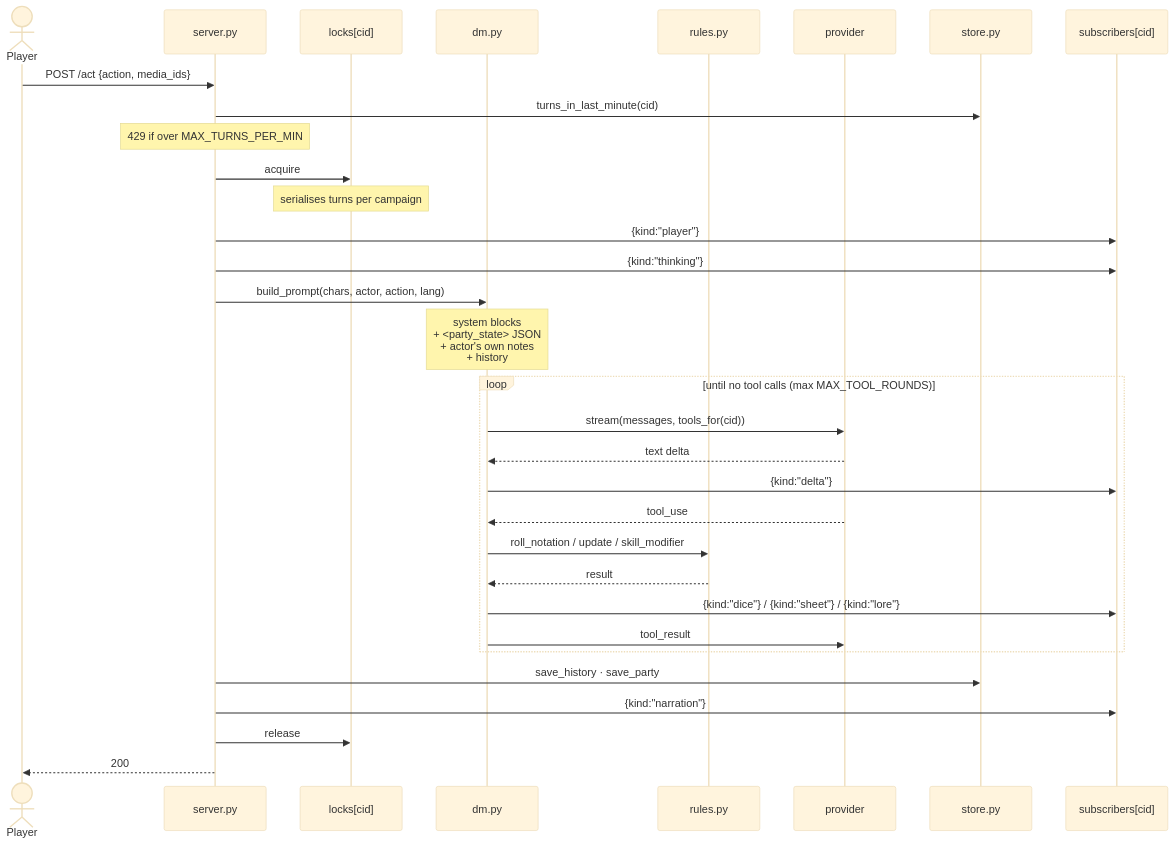
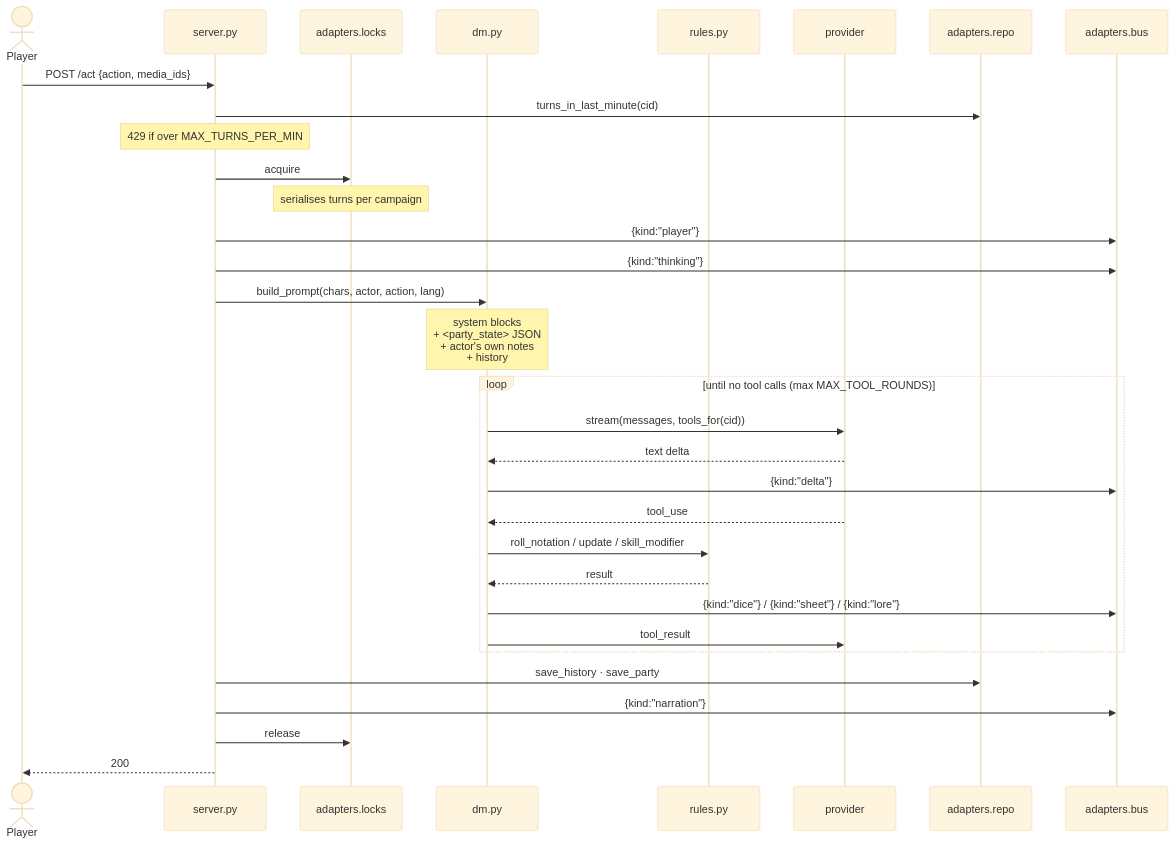
Before and after one commit to theam-ops/ai-dungeon-master: the second of 5 diagrams in ARCHITECTURE.md, drawn with Mermaid (base theme). The commit also changed other lines of this file and 37 other files, not shown here.

````diff
--- a/ARCHITECTURE.md
+++ b/ARCHITECTURE.md
@@ -114,39 +119,39 @@
 ```mermaid
 sequenceDiagram
     actor P as Player
     participant API as server.py
-    participant L as locks[cid]
+    participant L as adapters.locks
     participant DM as dm.py
     participant R as rules.py
     participant AI as provider
-    participant DB as store.py
-    participant S as subscribers[cid]
+    participant DB as adapters.repo
+    participant S as adapters.bus
 
     P->>API: POST /act {action, media_ids}
     API->>DB: turns_in_last_minute(cid)
     Note over API: 429 if over MAX_TURNS_PER_MIN
     API->>L: acquire
     Note over L: serialises turns per campaign
 
     API->>S: {kind:"player"}
     API->>S: {kind:"thinking"}
 
     API->>DM: build_prompt(chars, actor, action, lang)
     Note over DM: system blocks<br/>+ <party_state> JSON<br/>+ actor's own notes<br/>+ history
 
     loop until no tool calls (max MAX_TOOL_ROUNDS)
         DM->>AI: stream(messages, tools_for(cid))
         AI-->>DM: text delta
         DM->>S: {kind:"delta"}
         AI-->>DM: tool_use
         DM->>R: roll_notation / update / skill_modifier
         R-->>DM: result
         DM->>S: {kind:"dice"} / {kind:"sheet"} / {kind:"lore"}
         DM->>AI: tool_result
     end
 
     API->>DB: save_history · save_party
     API->>S: {kind:"narration"}
     API->>L: release
     API-->>P: 200
 ```
````
